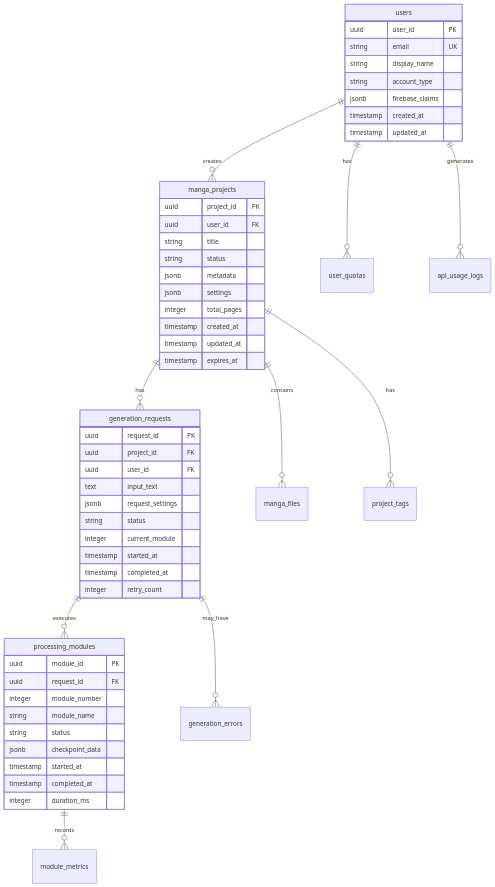
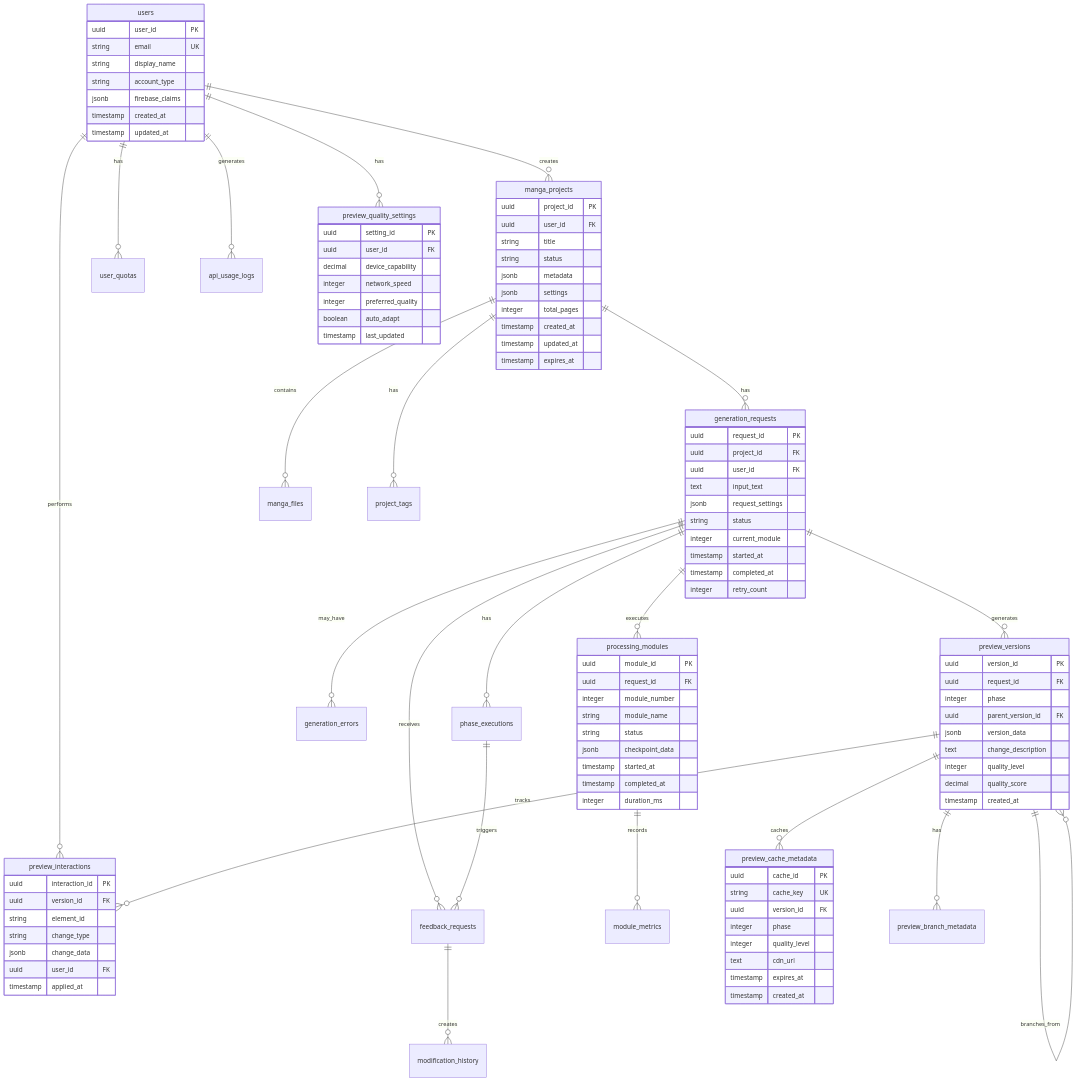
Before and after one commit to WLONEGI/AI_Agent_Hackathon_with_Google_Cloud_3rd: the second of 2 diagrams in docs/06.データベース設計書.md, drawn with Mermaid. The commit also changed other lines of this file and 163 other files, not shown here.

````diff
--- a/docs/06.データベース設計書.md
+++ b/docs/06.データベース設計書.md
@@ -80,6 +80,8 @@
     users ||--o{ manga_projects : creates
     users ||--o{ user_quotas : has
     users ||--o{ api_usage_logs : generates
+    users ||--o{ preview_quality_settings : has
+    users ||--o{ preview_interactions : performs
     
     manga_projects ||--o{ generation_requests : has
     manga_projects ||--o{ manga_files : contains
@@ -87,8 +89,19 @@
     
     generation_requests ||--o{ processing_modules : executes
     generation_requests ||--o{ generation_errors : may_have
+    generation_requests ||--o{ phase_executions : has
+    generation_requests ||--o{ feedback_requests : receives
+    generation_requests ||--o{ preview_versions : generates
     
     processing_modules ||--o{ module_metrics : records
+    
+    phase_executions ||--o{ feedback_requests : triggers
+    feedback_requests ||--o{ modification_history : creates
+    
+    preview_versions ||--o{ preview_versions : branches_from
+    preview_versions ||--o{ preview_interactions : tracks
+    preview_versions ||--o{ preview_cache_metadata : caches
+    preview_versions ||--o{ preview_branch_metadata : has
     
     users {
         uuid user_id PK
@@ -137,4 +150,47 @@
         timestamp completed_at
         integer duration_ms
     }
+    
+    preview_versions {
+        uuid version_id PK
+        uuid request_id FK
+        integer phase
+        uuid parent_version_id FK
+        jsonb version_data
+        text change_description
+        integer quality_level
+        decimal quality_score
+        timestamp created_at
+    }
+    
+    preview_interactions {
+        uuid interaction_id PK
+        uuid version_id FK
+        string element_id
+        string change_type
+        jsonb change_data
+        uuid user_id FK
+        timestamp applied_at
+    }
+    
+    preview_quality_settings {
+        uuid setting_id PK
+        uuid user_id FK
+        decimal device_capability
+        integer network_speed
+        integer preferred_quality
+        boolean auto_adapt
+        timestamp last_updated
+    }
+    
+    preview_cache_metadata {
+        uuid cache_id PK
+        string cache_key UK
+        uuid version_id FK
+        integer phase
+        integer quality_level
+        text cdn_url
+        timestamp expires_at
+        timestamp created_at
+    }
 ```
````
